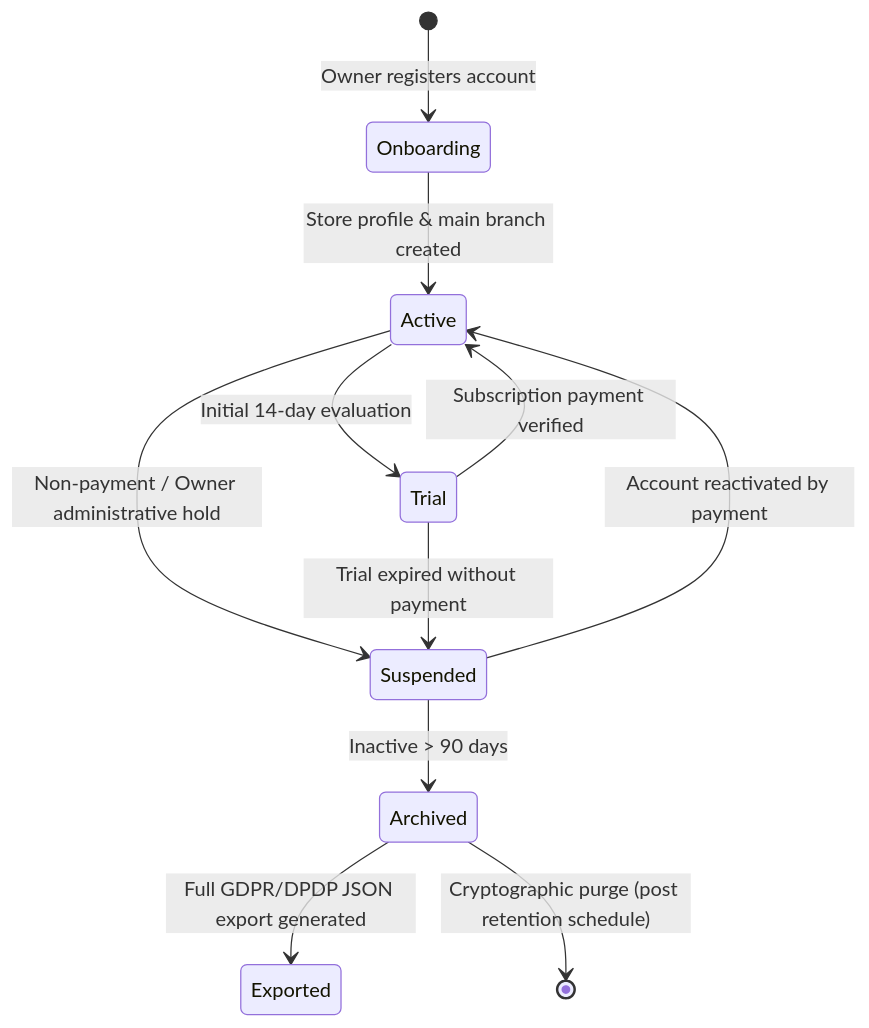
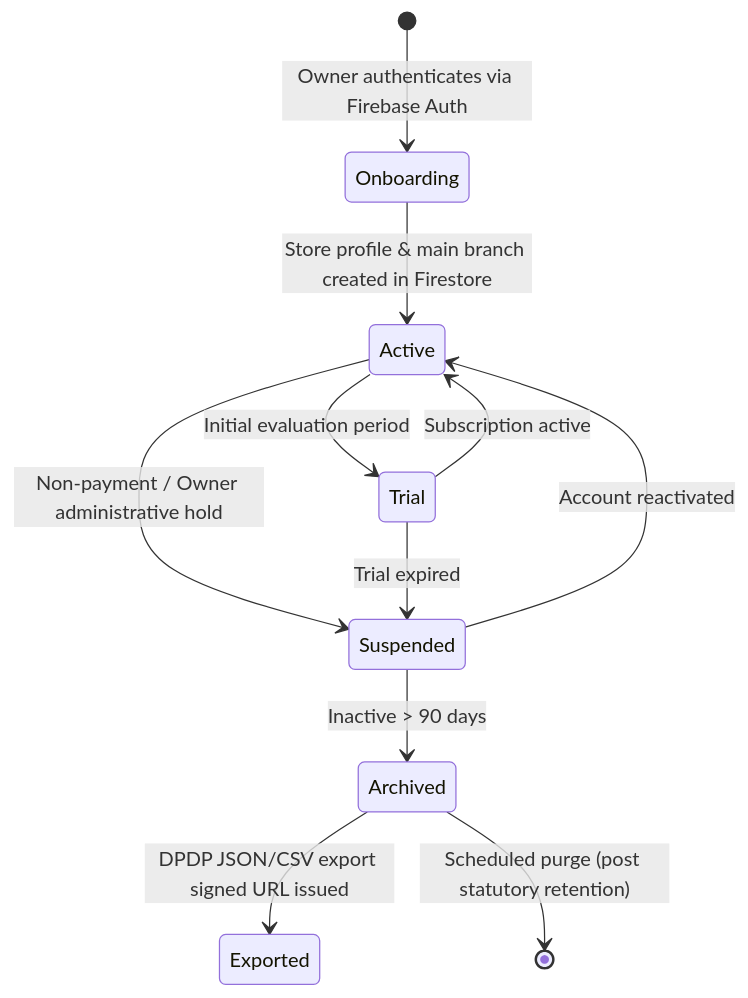
The second of 2 diagrams in docs/architecture.md (dhandesaurav37/pharmadesk), drawn with Mermaid before and after one commit. The commit also changed other lines of this file and 37 other files, not shown here.

````diff
--- a/docs/architecture.md
+++ b/docs/architecture.md
@@ -138,13 +138,13 @@
 ```mermaid
 stateDiagram-v2
-    [*] --> Onboarding: Owner registers account
-    Onboarding --> Active: Store profile & main branch created
+    [*] --> Onboarding: Owner authenticates via Firebase Auth
+    Onboarding --> Active: Store profile & main branch created in Firestore
     Active --> Suspended: Non-payment / Owner administrative hold
-    Active --> Trial: Initial 14-day evaluation
-    Trial --> Active: Subscription payment verified
-    Trial --> Suspended: Trial expired without payment
-    Suspended --> Active: Account reactivated by payment
+    Active --> Trial: Initial evaluation period
+    Trial --> Active: Subscription active
+    Trial --> Suspended: Trial expired
+    Suspended --> Active: Account reactivated
     Suspended --> Archived: Inactive > 90 days
-    Archived --> Exported: Full GDPR/DPDP JSON export generated
-    Archived --> [*]: Cryptographic purge (post retention schedule)
+    Archived --> Exported: DPDP JSON/CSV export signed URL issued
+    Archived --> [*]: Scheduled purge (post statutory retention)
 ```
````
